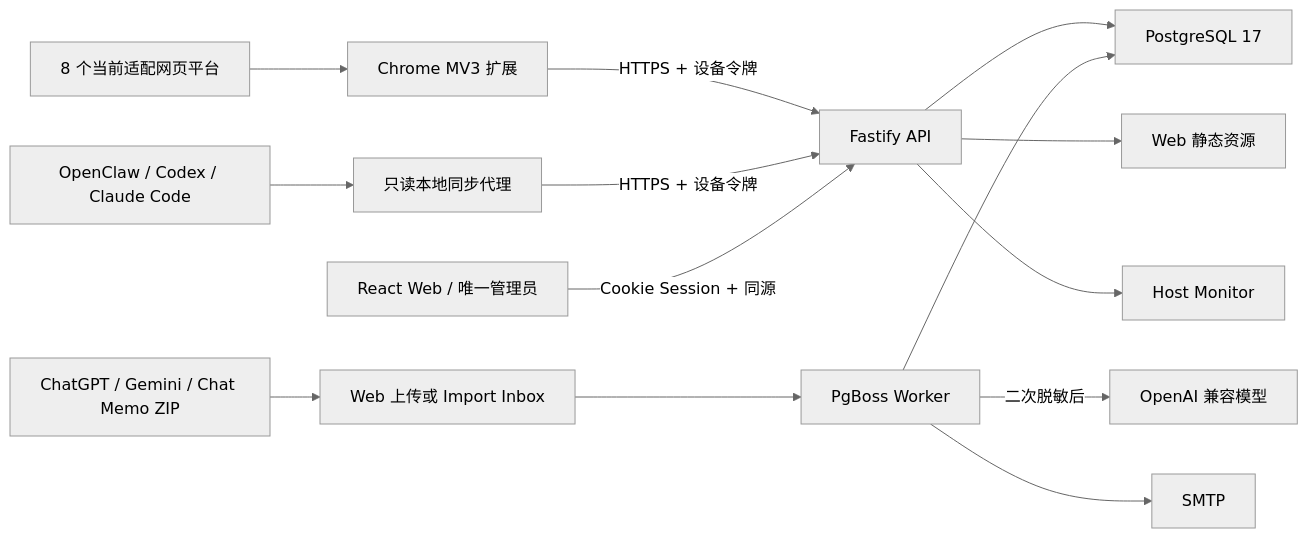
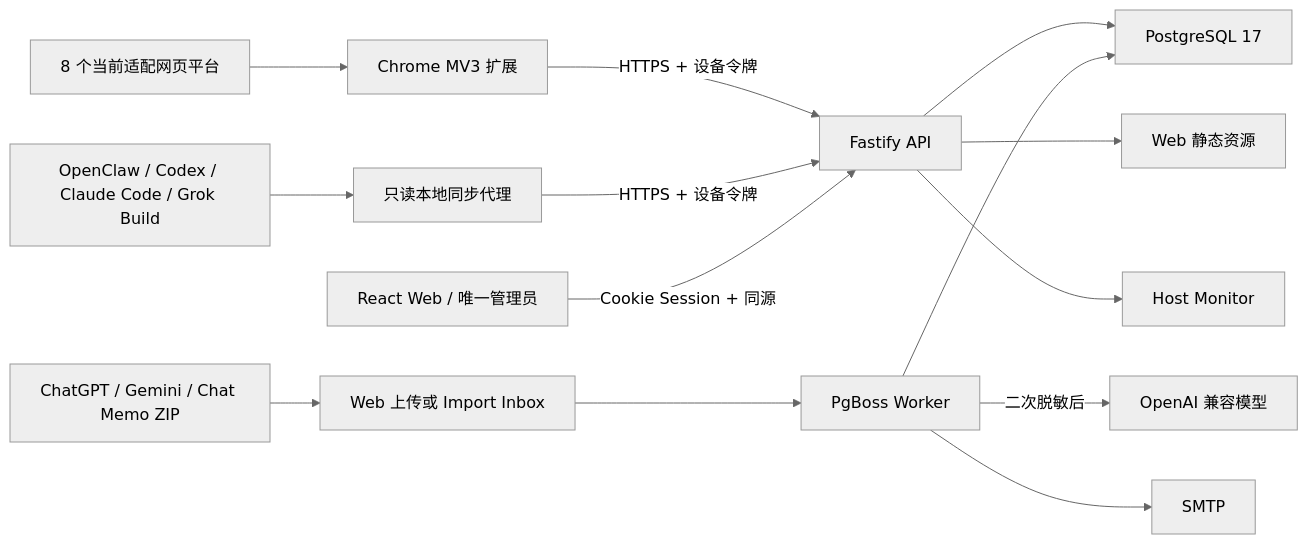
The diagram in docs/03-系统架构与详细设计.md (quesiter/ai-archive), drawn with Mermaid (neutral theme) before and after one commit. The commit also changed other lines of this file and 327 other files, not shown here.

````diff
--- a/docs/03-系统架构与详细设计.md
+++ b/docs/03-系统架构与详细设计.md
@@ -24,16 +26,16 @@
 ```mermaid
 flowchart LR
   A["8 个当前适配网页平台"] --> B["Chrome MV3 扩展"]
-  C["OpenClaw / Codex / Claude Code"] --> D["只读本地同步代理"]
+  C["OpenClaw / Codex / Claude Code / Grok Build"] --> D["只读本地同步代理"]
   E["ChatGPT / Gemini / Chat Memo ZIP"] --> F["Web 上传或 Import Inbox"]
   B -->|"HTTPS + 设备令牌"| G["Fastify API"]
   D -->|"HTTPS + 设备令牌"| G
   F --> H["PgBoss Worker"]
   G --> I["PostgreSQL 17"]
   H --> I
   H -->|"二次脱敏后"| J["OpenAI 兼容模型"]
   H --> K["SMTP"]
   L["React Web / 唯一管理员"] -->|"Cookie Session + 同源"| G
   G --> M["Web 静态资源"]
   G --> N["Host Monitor"]
 ```
````
